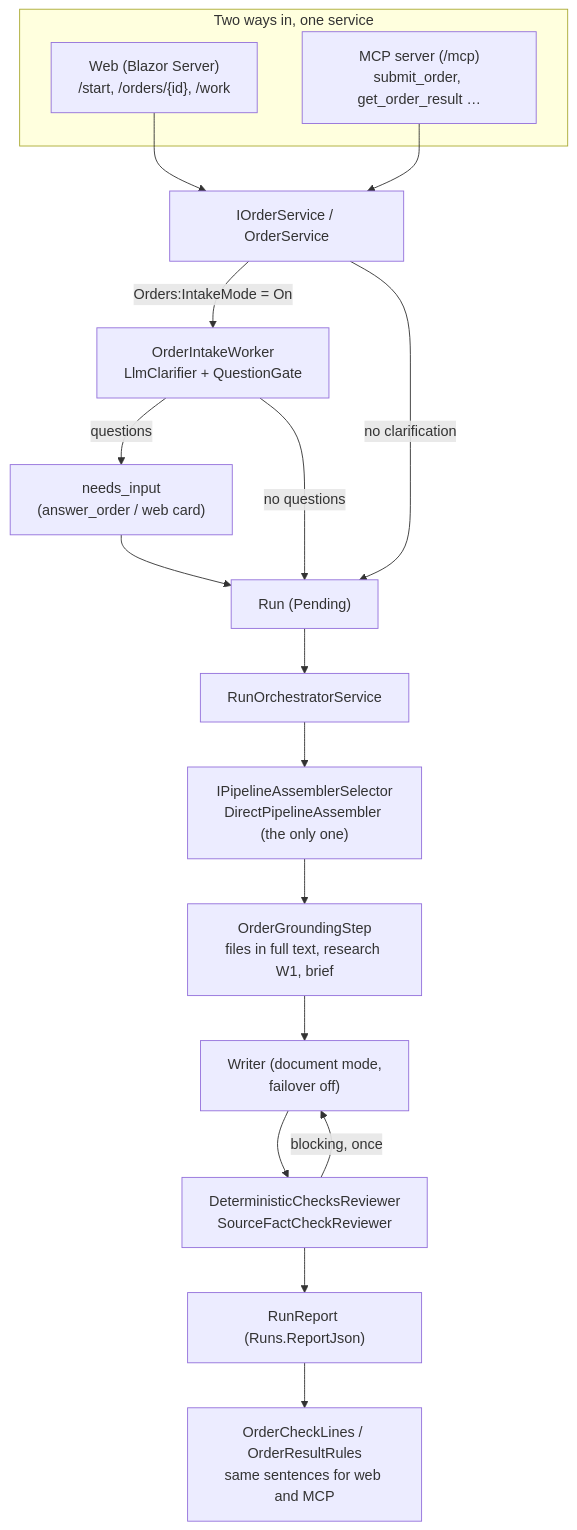
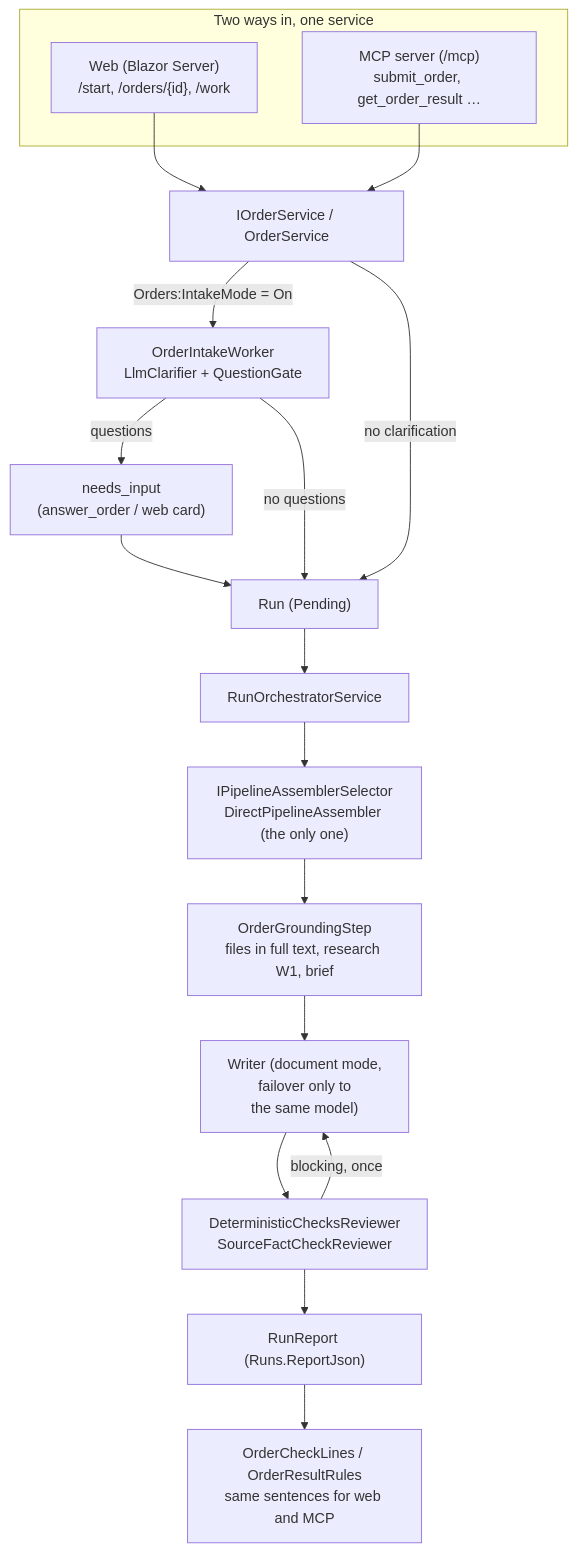
The diagram in docs/15-developer-guide.md (chr0mcom/geef-atelier), drawn with Mermaid before and after one commit. The commit also changed other lines of this file and 32 other files, not shown here.

````diff
--- a/docs/15-developer-guide.md
+++ b/docs/15-developer-guide.md
@@ -18,22 +18,22 @@
 ```mermaid
 flowchart TB
     subgraph Entry["Two ways in, one service"]
         W["Web (Blazor Server)<br/>/start, /orders/{id}, /work"]
         M["MCP server (/mcp)<br/>submit_order, get_order_result …"]
     end
     W --> OS["IOrderService / OrderService"]
     M --> OS
     OS -->|"Orders:IntakeMode = On"| IW["OrderIntakeWorker<br/>LlmClarifier + QuestionGate"]
     IW -->|"questions"| Q["needs_input<br/>(answer_order / web card)"]
     Q --> R
     IW -->|"no questions"| R["Run (Pending)"]
     OS -->|"no clarification"| R
     R --> O["RunOrchestratorService"]
     O --> PA["IPipelineAssemblerSelector<br/>DirectPipelineAssembler (the only one)"]
     PA --> G["OrderGroundingStep<br/>files in full text, research W1, brief"]
-    G --> X["Writer (document mode,<br/>failover off)"]
+    G --> X["Writer (document mode,<br/>failover only to<br/>the same model)"]
     X --> C["DeterministicChecksReviewer<br/>SourceFactCheckReviewer"]
     C -->|"blocking, once"| X
     C --> REP["RunReport (Runs.ReportJson)"]
     REP --> RES["OrderCheckLines / OrderResultRules<br/>same sentences for web and MCP"]
 ```
````
